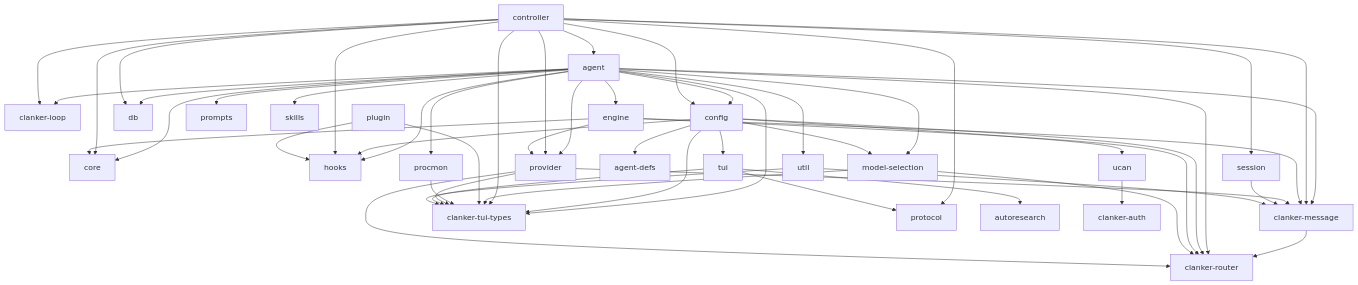
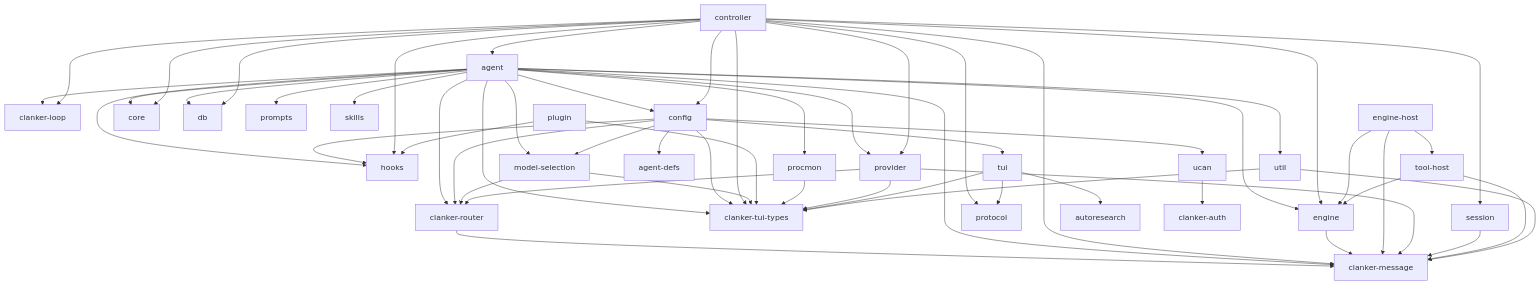
One commit to brittonr/clankers changed the diagram in docs/src/generated/architecture.md. Above: the diagram before and after it, drawn with Mermaid. The commit also changed other lines of this file and 4 other files, not shown here.

Commit message:
openspec(extract-composable-engine-host): refresh host crate artifacts

````diff
--- a/docs/src/generated/architecture.md
+++ b/docs/src/generated/architecture.md
@@ -13,56 +13,59 @@
 ```mermaid
 graph TD
-    clanker-message --> clanker-router
+    clanker-router --> clanker-message
     agent --> clanker-loop
     agent --> clanker-message
     agent --> clanker-router
     agent --> clanker-tui-types
     agent --> config
     agent --> core
     agent --> db
     agent --> engine
     agent --> hooks
     agent --> model-selection
     agent --> procmon
     agent --> prompts
     agent --> provider
     agent --> skills
     agent --> util
     config --> clanker-router
     config --> clanker-tui-types
     config --> agent-defs
     config --> hooks
     config --> model-selection
     config --> tui
     config --> ucan
     controller --> clanker-loop
     controller --> clanker-message
     controller --> clanker-tui-types
     controller --> agent
     controller --> config
     controller --> core
     controller --> db
+    controller --> engine
     controller --> hooks
     controller --> protocol
     controller --> provider
     controller --> session
     engine --> clanker-message
-    engine --> clanker-router
-    engine --> core
-    engine --> provider
+    engine-host --> clanker-message
+    engine-host --> engine
+    engine-host --> tool-host
     model-selection --> clanker-router
     model-selection --> clanker-tui-types
     plugin --> clanker-tui-types
     plugin --> hooks
     procmon --> clanker-tui-types
     provider --> clanker-message
     provider --> clanker-router
     provider --> clanker-tui-types
     session --> clanker-message
+    tool-host --> clanker-message
+    tool-host --> engine
     tui --> clanker-tui-types
     tui --> autoresearch
     tui --> protocol
     ucan --> clanker-auth
     util --> clanker-message
     util --> clanker-tui-types
 ```
````
